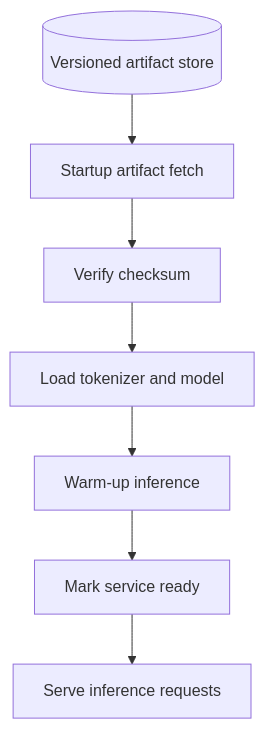
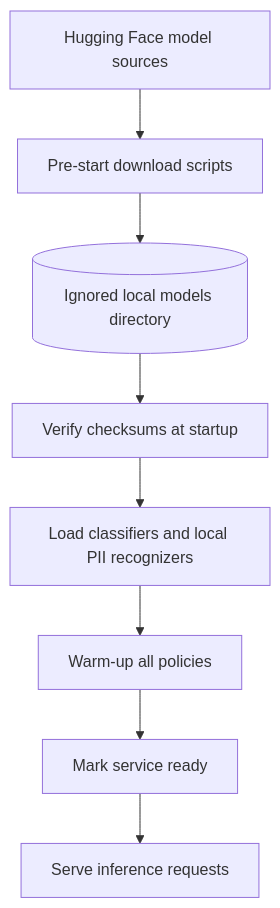
Before and after one commit to amanpratapsingh54/guardrail-mini: the diagram in docs/architecture/model-serving.md, drawn with Mermaid. The commit also changed other lines of this file and 19 other files, not shown here.

Commit message:
Add PII and prompt-injection policies

````diff
--- a/docs/architecture/model-serving.md
+++ b/docs/architecture/model-serving.md
@@ -7,9 +7,10 @@
 ```mermaid
 flowchart TD
-    ArtifactStore[(Versioned artifact store)] --> Download[Startup artifact fetch]
-    Download --> Checksum[Verify checksum]
-    Checksum --> Load[Load tokenizer and model]
-    Load --> Warmup[Warm-up inference]
+    HF[Hugging Face model sources] --> Download[Pre-start download scripts]
+    Download --> Local[(Ignored local models directory)]
+    Local --> Checksum[Verify checksums at startup]
+    Checksum --> Load[Load classifiers and local PII recognizers]
+    Load --> Warmup[Warm-up all policies]
     Warmup --> Ready[Mark service ready]
     Ready --> Requests[Serve inference requests]
 ```
````
